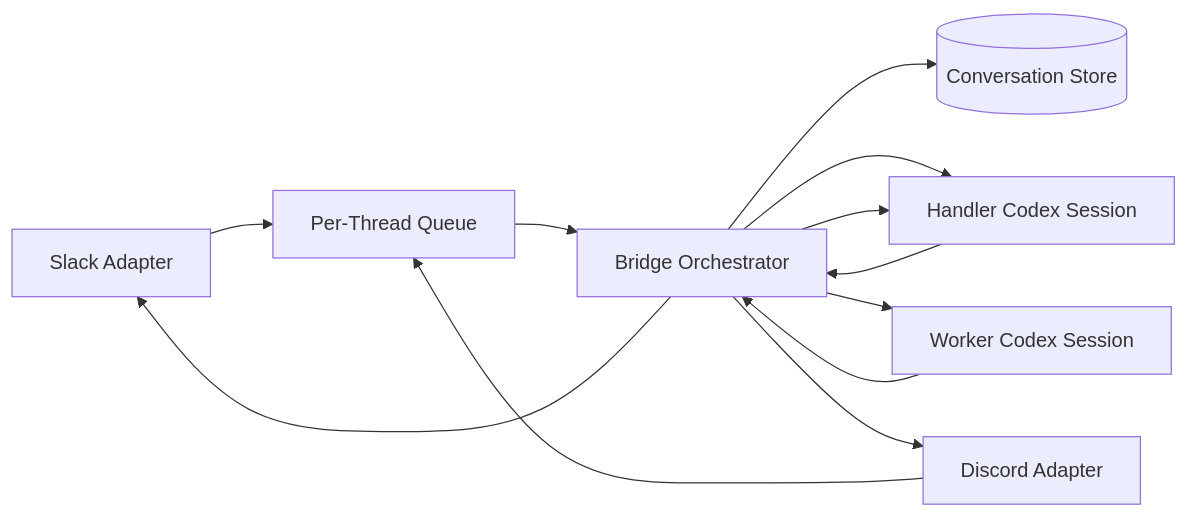
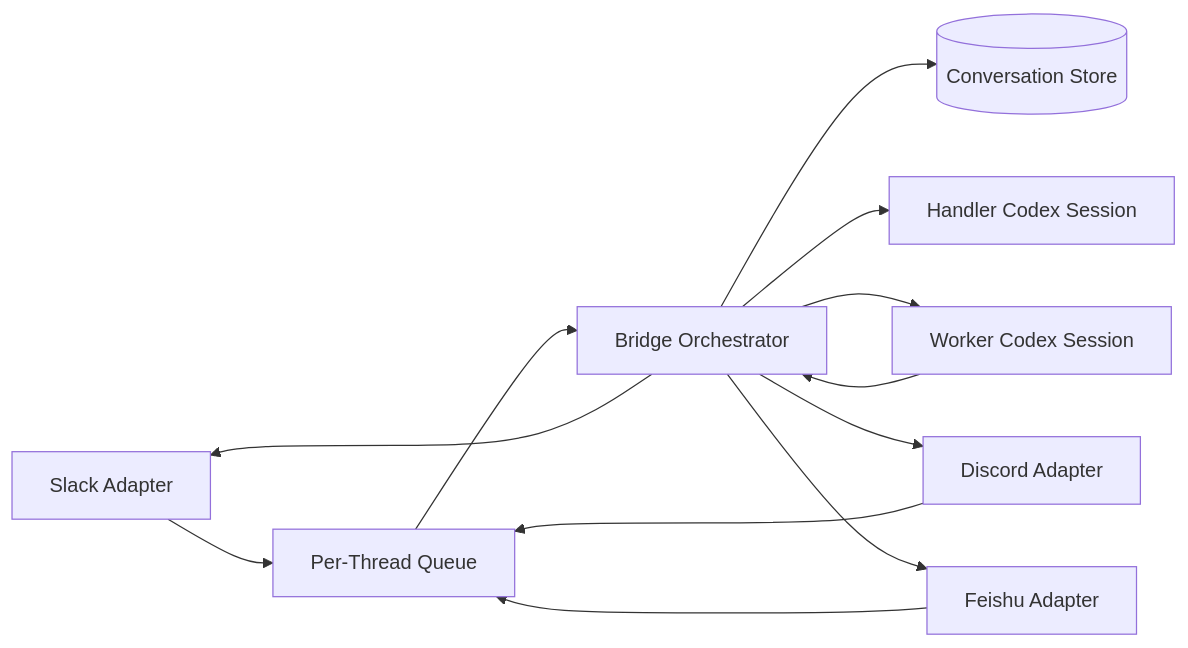
One commit to HOOLC/nuntius changed the diagram in docs/im-codex-bridge-design.md. Above: the diagram before and after it, drawn with Mermaid. The commit also changed other lines of this file and 24 other files, not shown here.

````diff
--- a/docs/im-codex-bridge-design.md
+++ b/docs/im-codex-bridge-design.md
@@ -78,22 +79,23 @@
 ```mermaid
 flowchart LR
     Slack[Slack Adapter]
     Discord[Discord Adapter]
+    Feishu[Feishu Adapter]
     Queue[Per-Thread Queue]
     Store[(Conversation Store)]
     Orchestrator[Bridge Orchestrator]
     Handler[Handler Codex Session]
     Worker[Worker Codex Session]
 
     Slack --> Queue
     Discord --> Queue
+    Feishu --> Queue
     Queue --> Orchestrator
     Orchestrator --> Store
     Orchestrator --> Handler
-    Handler --> Orchestrator
     Orchestrator --> Worker
     Worker --> Orchestrator
-    Orchestrator --> Handler
     Orchestrator --> Slack
     Orchestrator --> Discord
+    Orchestrator --> Feishu
 ```
````
